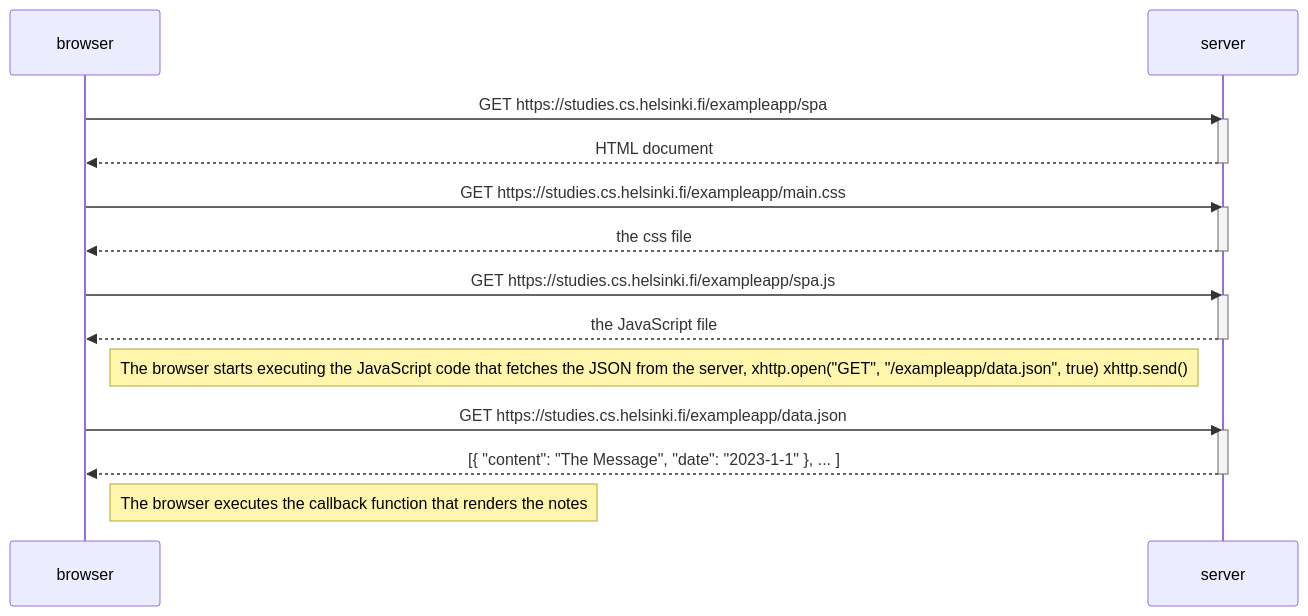
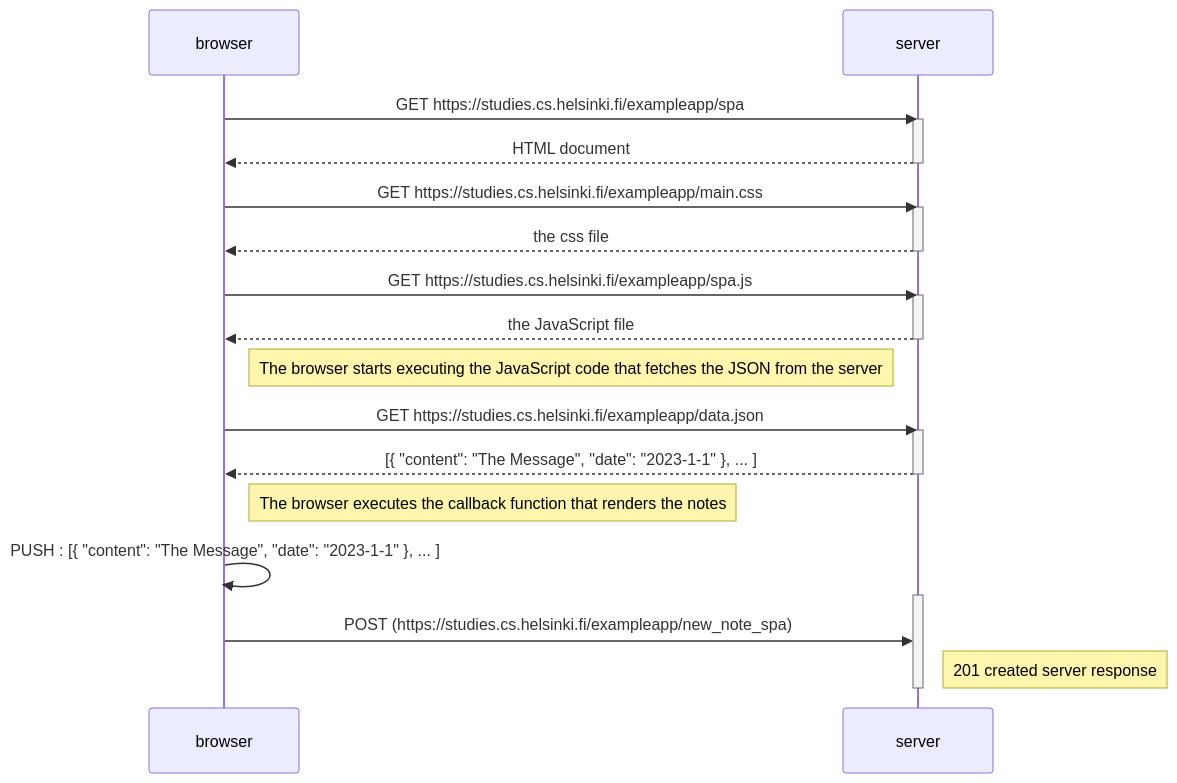
Before and after one commit to RobbThompson/FullStackOpen: the diagram in 0.6 New Note in SPA.md, drawn with Mermaid.

Commit message:
Update 0.6 New Note in SPA.md

````diff
--- a/0.6 New Note in SPA.md
+++ b/0.6 New Note in SPA.md
@@ -1,29 +1,35 @@
 ```mermaid
 sequenceDiagram
     participant browser
     participant server
 
     browser->>server: GET https://studies.cs.helsinki.fi/exampleapp/spa
     activate server
     server-->>browser: HTML document
     deactivate server
 
     browser->>server: GET https://studies.cs.helsinki.fi/exampleapp/main.css
     activate server
     server-->>browser: the css file
     deactivate server
 
     browser->>server: GET https://studies.cs.helsinki.fi/exampleapp/spa.js
     activate server
     server-->>browser: the JavaScript file
     deactivate server
 
-    Note right of browser: The browser starts executing the JavaScript code that fetches the JSON from the server, xhttp.open("GET", "/exampleapp/data.json", true) xhttp.send()
+    Note right of browser: The browser starts executing the JavaScript code that fetches the JSON from the server
 
     browser->>server: GET https://studies.cs.helsinki.fi/exampleapp/data.json
     activate server
     server-->>browser: [{ "content": "The Message", "date": "2023-1-1" }, ... ]
     deactivate server
 
 Note right of browser: The browser executes the callback function that renders the notes
+
+    browser->>browser: PUSH : [{ "content": "The Message", "date": "2023-1-1" }, ... ]
+    activate server
+    browser->>server: POST (https://studies.cs.helsinki.fi/exampleapp/new_note_spa)
+    Note right of server: 201 created server response
+    deactivate server
 ```
````
